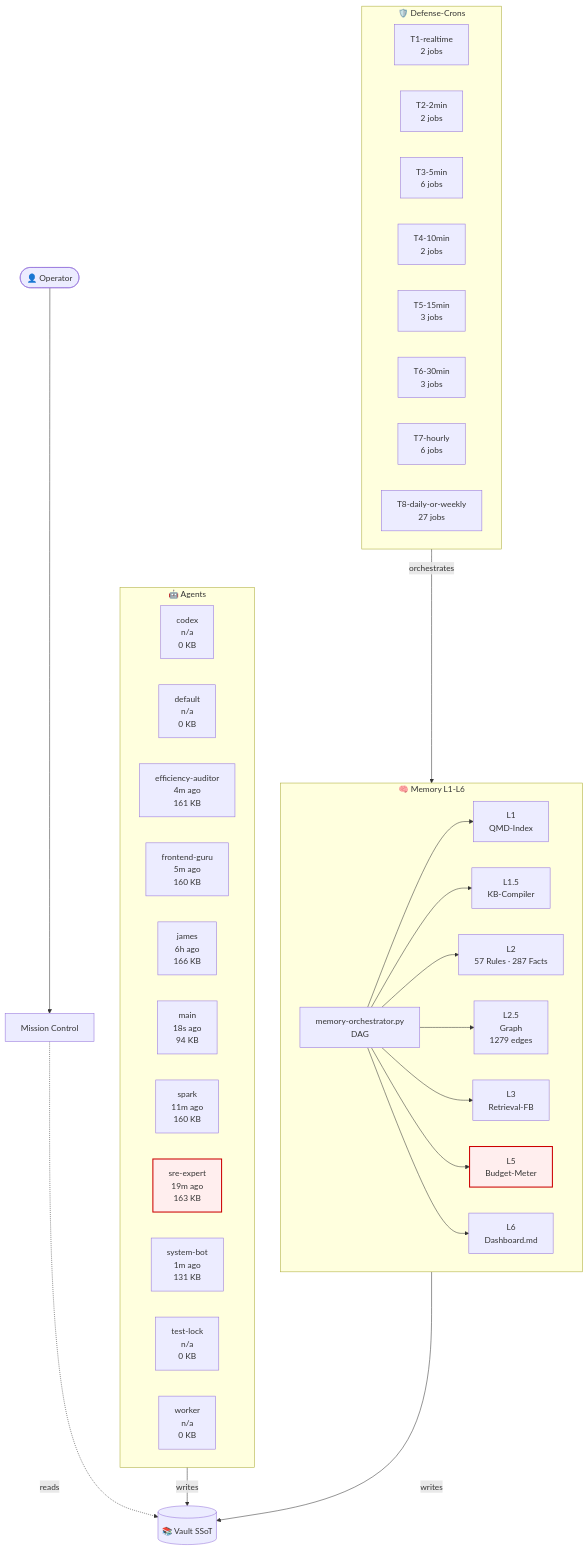
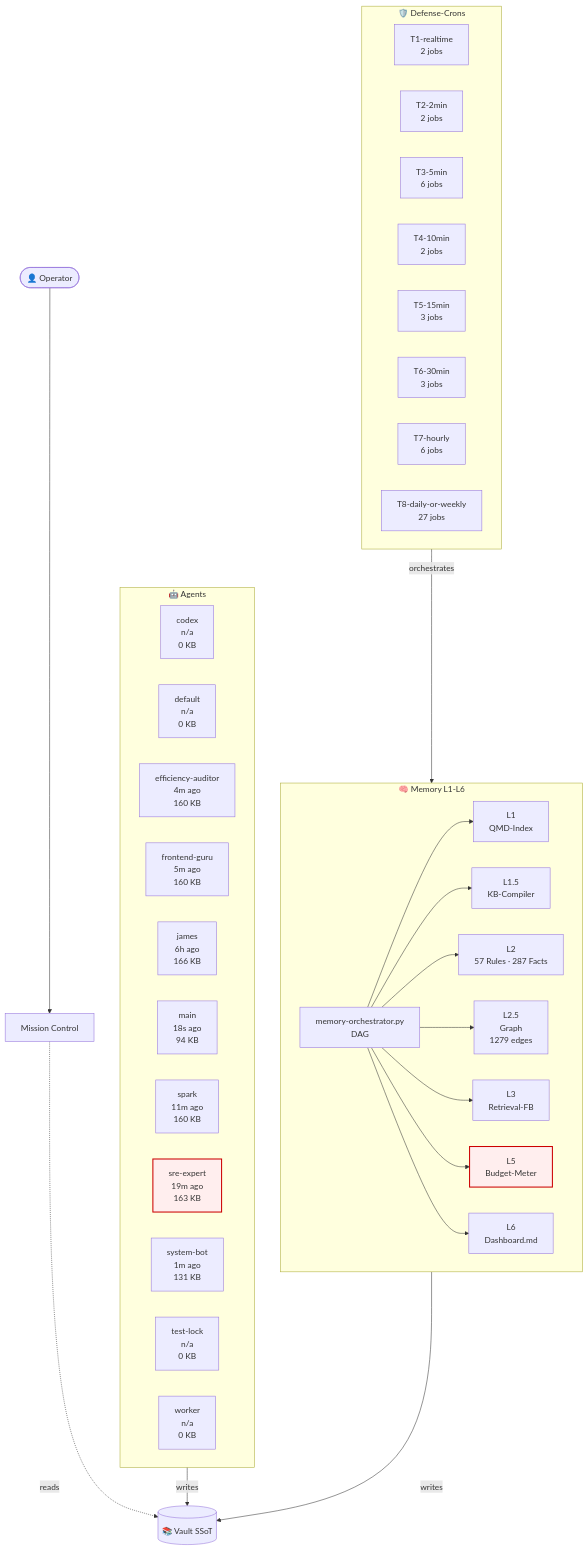
One commit to lenardhuebner88-rgb/openclaw-memory changed the diagram in 03-Agents/architecture-live.md. Above: the diagram before and after it, drawn with Mermaid. The commit also changed other lines of this file and 13 other files, not shown here.

````diff
--- a/03-Agents/architecture-live.md
+++ b/03-Agents/architecture-live.md
@@ -18,54 +18,54 @@
 ```mermaid
 flowchart TB
     classDef critical fill:#fee,stroke:#c00,stroke-width:2px;
     subgraph AGT["🤖 Agents"]
         agent_codex["codex<br/>n/a<br/>0 KB"]
         agent_default["default<br/>n/a<br/>0 KB"]
-        agent_efficiency_auditor["efficiency-auditor<br/>4m ago<br/>161 KB"]
+        agent_efficiency_auditor["efficiency-auditor<br/>4m ago<br/>160 KB"]
         agent_frontend_guru["frontend-guru<br/>5m ago<br/>160 KB"]
         agent_james["james<br/>6h ago<br/>166 KB"]
         agent_main["main<br/>18s ago<br/>94 KB"]
         agent_spark["spark<br/>11m ago<br/>160 KB"]
         agent_sre_expert["sre-expert<br/>19m ago<br/>163 KB"]
         agent_system_bot["system-bot<br/>1m ago<br/>131 KB"]
         agent_test_lock["test-lock<br/>n/a<br/>0 KB"]
         agent_worker["worker<br/>n/a<br/>0 KB"]
     end
     subgraph MEM["🧠 Memory L1-L6"]
         L1["L1<br/>QMD-Index"]
         L15["L1.5<br/>KB-Compiler"]
         L2["L2<br/>57 Rules · 287 Facts"]
         L25["L2.5<br/>Graph<br/>1279 edges"]
         L3["L3<br/>Retrieval-FB"]
         L5["L5<br/>Budget-Meter"]
         L6["L6<br/>Dashboard.md"]
         ORCH["memory-orchestrator.py<br/>DAG"]
     end
     subgraph CRN["🛡️ Defense-Crons"]
         tier_T1_realtime["T1-realtime<br/>2 jobs"]
         tier_T2_2min["T2-2min<br/>2 jobs"]
         tier_T3_5min["T3-5min<br/>6 jobs"]
         tier_T4_10min["T4-10min<br/>2 jobs"]
         tier_T5_15min["T5-15min<br/>3 jobs"]
         tier_T6_30min["T6-30min<br/>3 jobs"]
         tier_T7_hourly["T7-hourly<br/>6 jobs"]
         tier_T8_daily_or_weekly["T8-daily-or-weekly<br/>27 jobs"]
     end
     VAULT[("📚 Vault SSoT")]
     OP([👤 Operator])
     MC["Mission Control"]
     OP --> MC
     MC -.reads.-> VAULT
     AGT -->|writes| VAULT
     MEM -->|writes| VAULT
     ORCH --> L1
     ORCH --> L15
     ORCH --> L2
     ORCH --> L25
     ORCH --> L3
     ORCH --> L5
     ORCH --> L6
     CRN -->|orchestrates| MEM
     class L5 critical
     class agent_sre_expert critical
 ```
````
